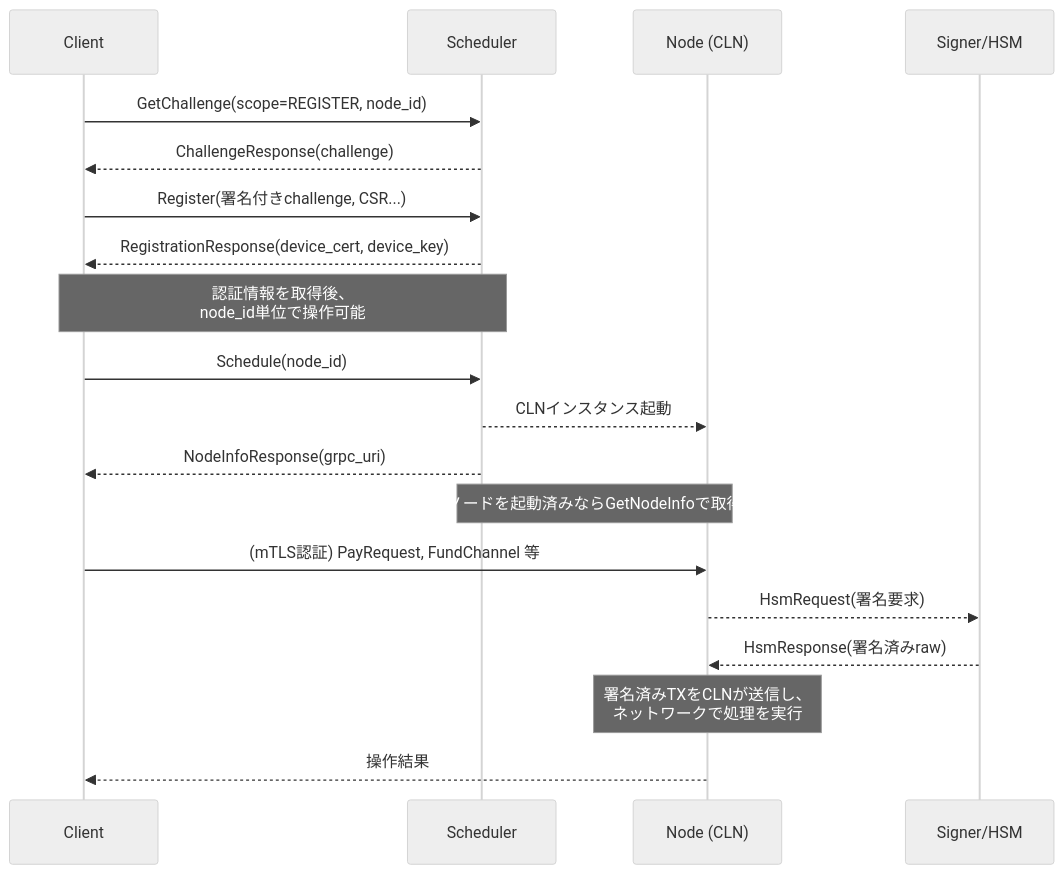
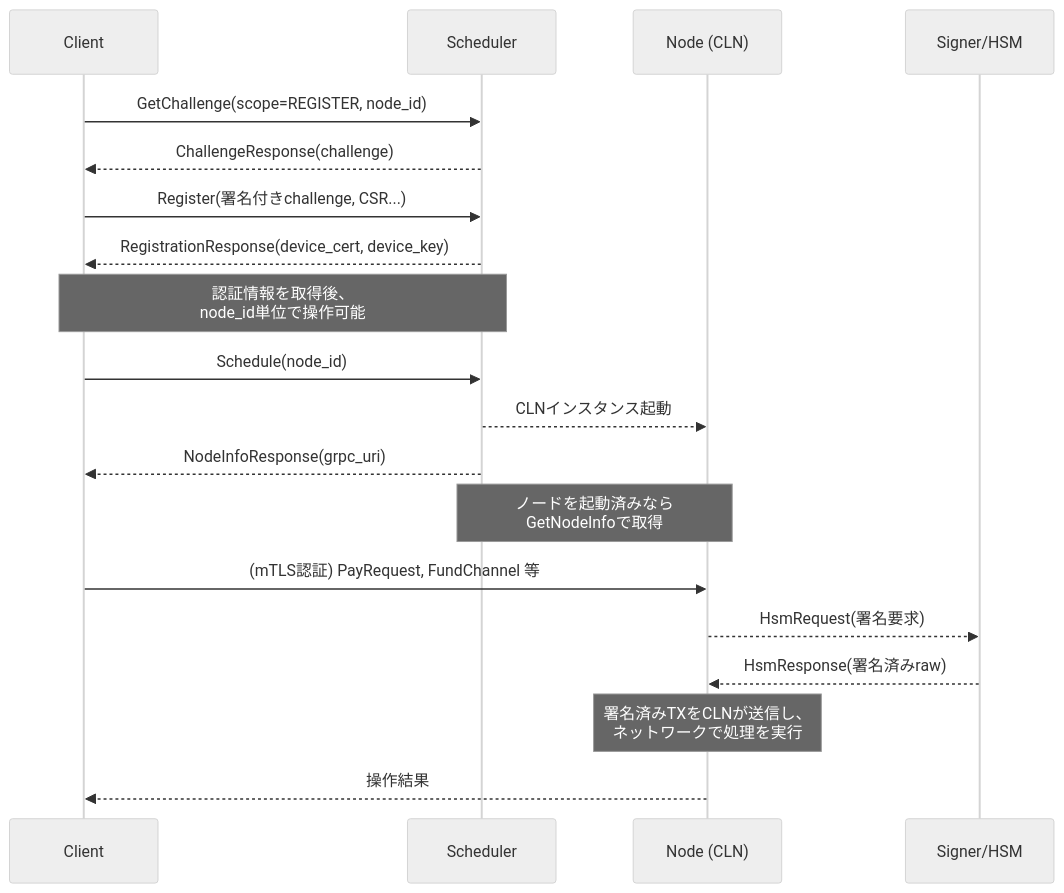
One commit to YusukeShimizu/YusukeShimizu-yusukeshimizu.github.io changed the first of 4 diagrams in content/posts/greenlight_memo1.md. Above: the diagram before and after it, drawn with Mermaid (neutral theme). The commit also changed other lines of this file, not shown here.

First line of the commit message:
docs: Update Greenlight Scheduler and Signer relationship

````diff
--- a/content/posts/greenlight_memo1.md
+++ b/content/posts/greenlight_memo1.md
@@ -88,29 +77,21 @@
 ```mermaid
 sequenceDiagram
     participant Client as Client
     participant Scheduler as Scheduler
     participant Node as Node (CLN)
     participant Signer as Signer/HSM
-
     Client->>Scheduler: GetChallenge(scope=REGISTER, node_id)
     Scheduler-->>Client: ChallengeResponse(challenge)
-
     Client->>Scheduler: Register(署名付きchallenge, CSR...)
     Scheduler-->>Client: RegistrationResponse(device_cert, device_key)
-
     note over Client,Scheduler: 認証情報を取得後、<br>node_id単位で操作可能
-
     Client->>Scheduler: Schedule(node_id)
     Scheduler-->>Node: CLNインスタンス起動
     Scheduler-->>Client: NodeInfoResponse(grpc_uri)
-
-    note over Scheduler,Node: ノードを起動済みならGetNodeInfoで取得
-
+    note over Scheduler,Node: ノードを起動済みなら<br>GetNodeInfoで取得
     Client->>Node: (mTLS認証) PayRequest, FundChannel 等
     Node-->>Signer: HsmRequest(署名要求)
     Signer-->>Node: HsmResponse(署名済みraw)
-
     note over Node: 署名済みTXをCLNが送信し、<br>ネットワークで処理を実行
-
     Node-->>Client: 操作結果
 ```
````
